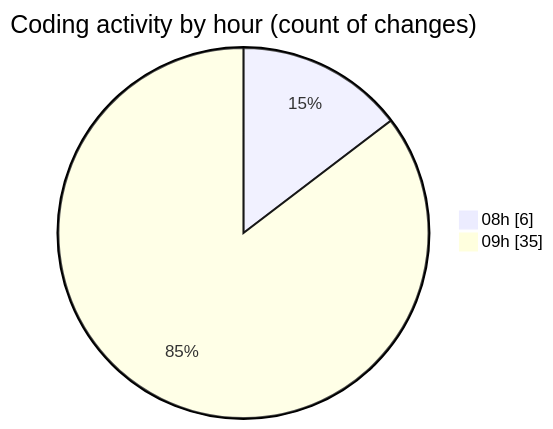
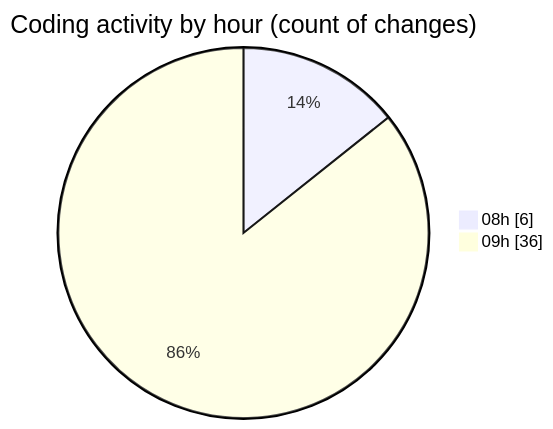
The second of 2 diagrams in 2026-01-29/cda/README.md (momahboobian/code-tracking), drawn with Mermaid before and after one commit. The commit also changed other lines of this file and 1 other file, not shown here.

````diff
--- a/2026-01-29/cda/README.md
+++ b/2026-01-29/cda/README.md
@@ -32,6 +32,6 @@
 ```mermaid
 pie showData
 title Coding activity by hour (count of changes)
 "08h" : 6
-"09h" : 35
+"09h" : 36
 ```
````
